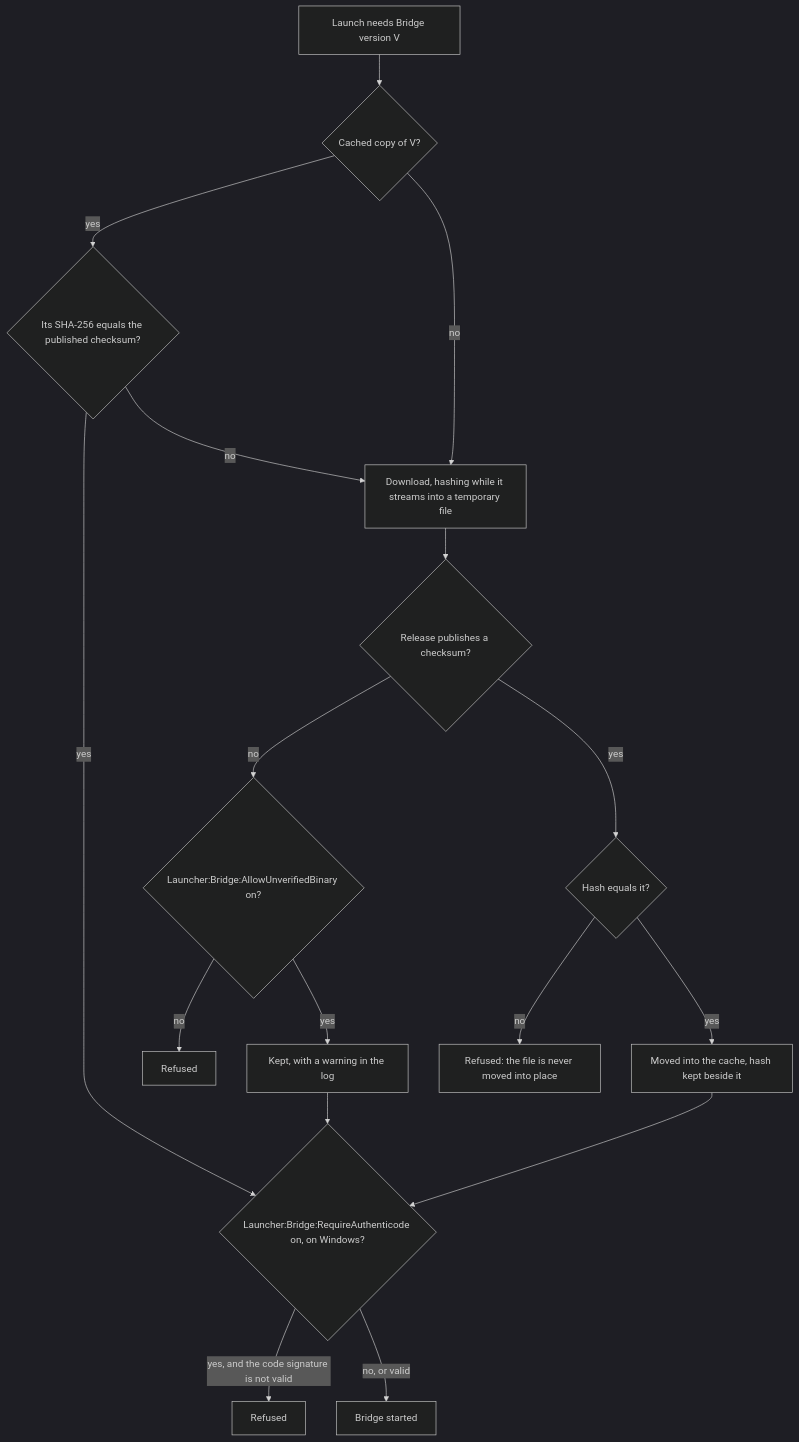
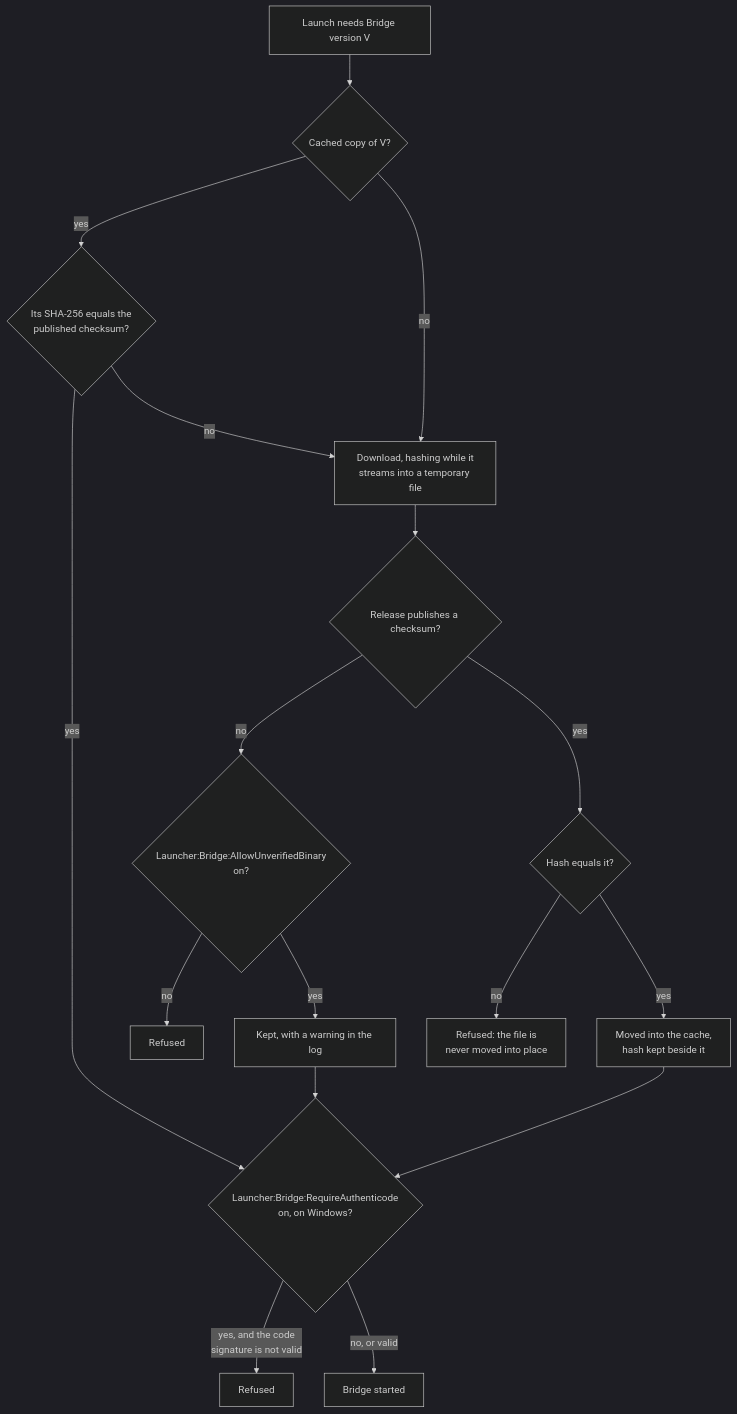
One commit to DogmaSolutions/Kyklos changed the first of 2 diagrams in docs/INSTALL_AND_CONFIG.md. Above: the diagram before and after it, drawn with Mermaid (dark theme). The commit also changed other lines of this file and 38 other files, not shown here.

````diff
--- a/docs/INSTALL_AND_CONFIG.md
+++ b/docs/INSTALL_AND_CONFIG.md
@@ -243,19 +243,19 @@
 ```mermaid
 flowchart TD
     S["Launch needs Bridge version V"] --> C{"Cached copy of V?"}
-    C -->|"yes"| H{"Its SHA-256 equals the published checksum?"}
+    C -->|"yes"| H{"Its SHA-256 equals the<br/>published checksum?"}
     H -->|"yes"| SIG
     H -->|"no"| D
-    C -->|"no"| D["Download, hashing while it streams into a temporary file"]
+    C -->|"no"| D["Download, hashing while it<br/>streams into a temporary file"]
     D --> P{"Release publishes a checksum?"}
-    P -->|"no"| E{"Launcher:Bridge:AllowUnverifiedBinary on?"}
+    P -->|"no"| E{"Launcher:Bridge:AllowUnverifiedBinary<br/>on?"}
     E -->|"no"| X1["Refused"]
     E -->|"yes"| W["Kept, with a warning in the log"]
     P -->|"yes"| Q{"Hash equals it?"}
-    Q -->|"no"| X2["Refused: the file is never moved into place"]
-    Q -->|"yes"| K["Moved into the cache, hash kept beside it"]
-    K --> SIG{"Launcher:Bridge:RequireAuthenticode on, on Windows?"}
+    Q -->|"no"| X2["Refused: the file is<br/>never moved into place"]
+    Q -->|"yes"| K["Moved into the cache,<br/>hash kept beside it"]
+    K --> SIG{"Launcher:Bridge:RequireAuthenticode<br/>on, on Windows?"}
     W --> SIG
-    SIG -->|"yes, and the code signature is not valid"| X3["Refused"]
+    SIG -->|"yes, and the code<br/>signature is not valid"| X3["Refused"]
     SIG -->|"no, or valid"| R["Bridge started"]
 ```
````
